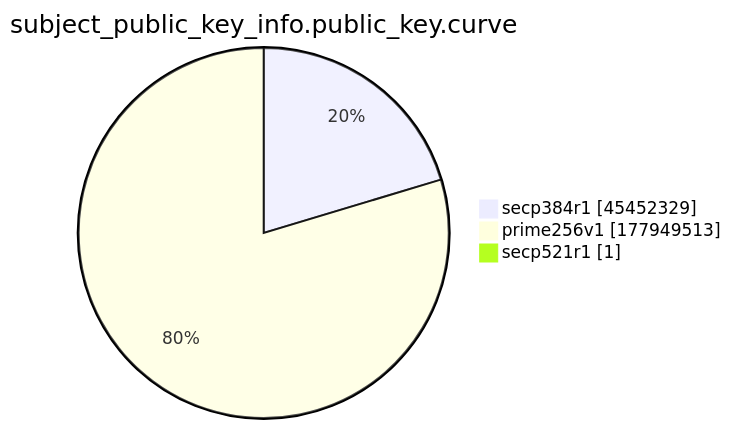
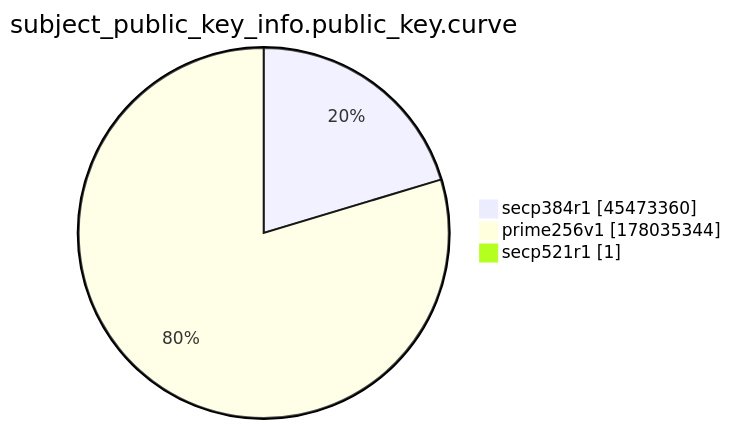
Before and after one commit to christiankrug/ctmonitor_visualization: the ninth of 15 diagrams in xenon2022/README.md, drawn with Mermaid. The commit also changed other lines of this file, not shown here.

````diff
--- a/xenon2022/README.md
+++ b/xenon2022/README.md
@@ -2873,7 +2873,7 @@
 ```mermaid
 pie showData
 title subject_public_key_info.public_key.curve
-"secp384r1" :45452329
-"prime256v1" :177949513
+"secp384r1" :45473360
+"prime256v1" :178035344
 "secp521r1" :1
 ```
````
